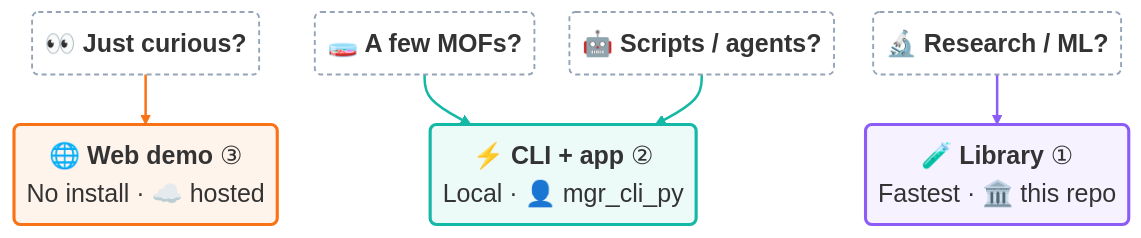
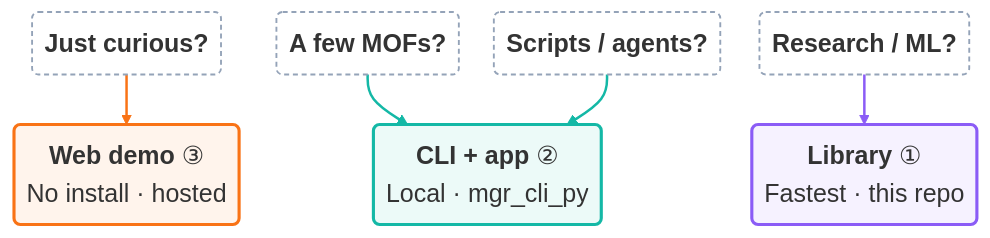
One commit to mofography/mofography changed the diagram in README.md. Above: the diagram before and after it, drawn with Mermaid. The commit also changed other lines of this file, not shown here.

````diff
--- a/README.md
+++ b/README.md
@@ -43,29 +50,29 @@
 ```mermaid
 %%{init: {'themeVariables': {'fontSize': '20px', 'fontFamily': 'Helvetica, Arial, sans-serif'}, 'flowchart': {'htmlLabels': true, 'curve': 'basis', 'nodeSpacing': 28, 'rankSpacing': 40, 'padding': 10}}}%%
 flowchart TB
-  V("<b>👀 Just curious?</b>")
-  E("<b>🧫 A few MOFs?</b>")
-  G("<b>🤖 Scripts / agents?</b>")
-  R("<b>🔬 Research / ML?</b>")
+  V("<b>Just curious?</b>")
+  E("<b>A few MOFs?</b>")
+  G("<b>Scripts / agents?</b>")
+  R("<b>Research / ML?</b>")
 
-  HF("<b>🌐 Web demo</b> ③<br/>No install · ☁️ hosted")
-  CLI("<b>⚡ CLI + app</b> ②<br/>Local · 👤 mgr_cli_py")
-  LIB("<b>🧪 Library</b> ①<br/>Fastest · 🏛️ this repo")
+  HF("<b>Web demo</b> ③<br/>No install · hosted")
+  CLI("<b>CLI + app</b> ②<br/>Local · mgr_cli_py")
+  LIB("<b>Library</b> ①<br/>Fastest · this repo")
 
   V --> HF
   E --> CLI
   G --> CLI
   R --> LIB
 
   classDef ask fill:transparent,stroke:#94a3b8,stroke-width:1.5px,stroke-dasharray:4 3
   classDef hf fill:#f9731614,stroke:#f97316,stroke-width:2.5px
   classDef cli fill:#14b8a614,stroke:#14b8a6,stroke-width:2.5px
   classDef lib fill:#8b5cf614,stroke:#8b5cf6,stroke-width:2.5px
   class V,E,G,R ask
   class HF hf
   class CLI cli
   class LIB lib
   linkStyle 0 stroke:#f97316,stroke-width:2px
   linkStyle 1,2 stroke:#14b8a6,stroke-width:2px
   linkStyle 3 stroke:#8b5cf6,stroke-width:2px
 ```
````
